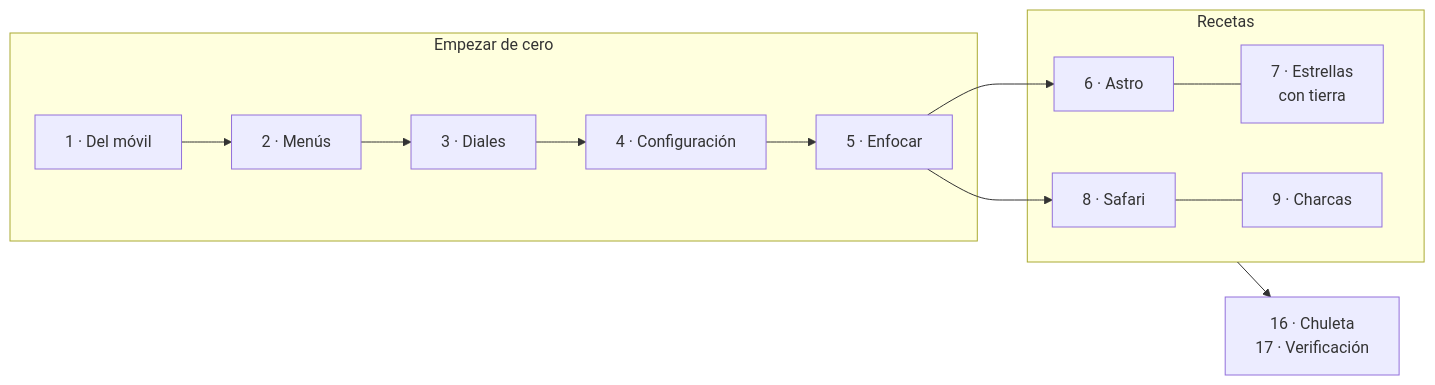
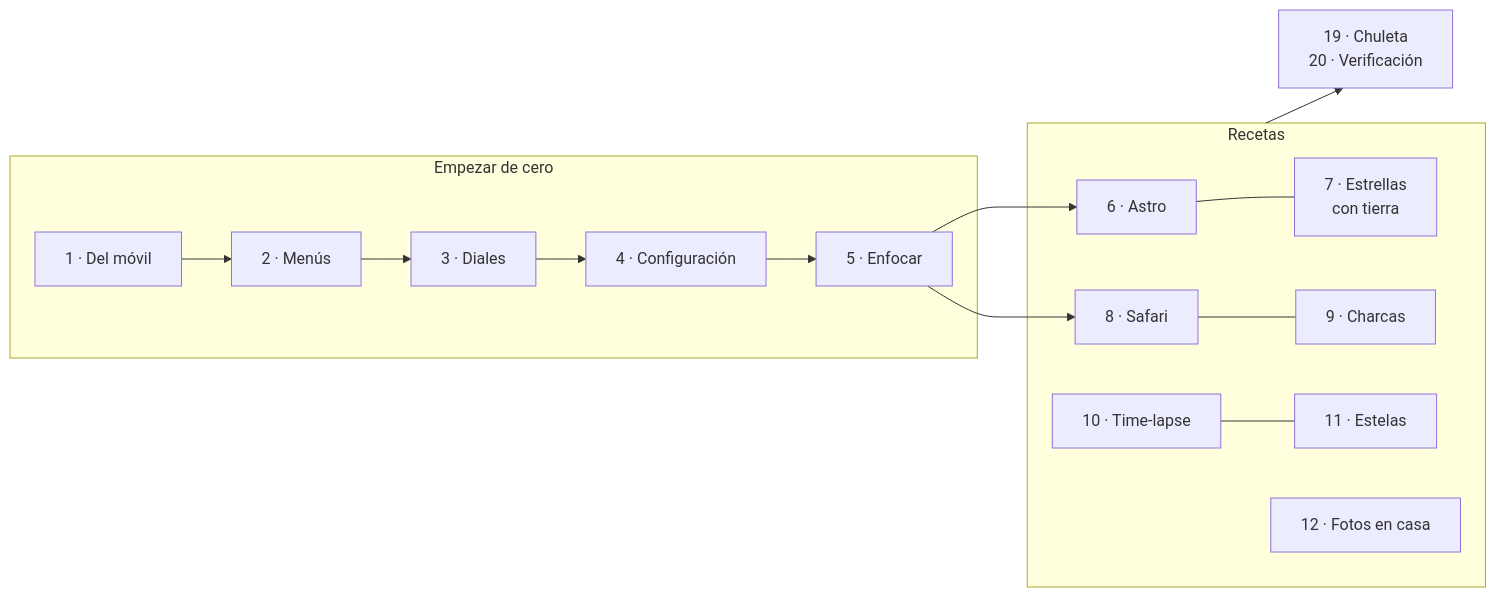
One commit to morandeirachema/Foto changed the diagram in manejo-a6700/README.md. Above: the diagram before and after it, drawn with Mermaid. The commit also changed other lines of this file and 46 other files, not shown here.

First line of the commit message:
Añade las recetas de time-lapse del cielo, estelas de tráfico y fotos en casa

````diff
--- a/manejo-a6700/README.md
+++ b/manejo-a6700/README.md
@@ -24,13 +24,15 @@
 ```mermaid
 flowchart LR
     subgraph P1["Empezar de cero"]
       A[1 · Del móvil] --> B[2 · Menús] --> C[3 · Diales] --> D[4 · Configuración] --> E[5 · Enfocar]
     end
     subgraph P2["Recetas"]
       F[6 · Astro] --- G[7 · Estrellas<br/>con tierra]
       H[8 · Safari] --- I[9 · Charcas]
+      K[10 · Time-lapse] --- L[11 · Estelas]
+      M[12 · Fotos en casa]
     end
     E --> F
     E --> H
-    P2 --> J[16 · Chuleta<br/>17 · Verificación]
+    P2 --> J[19 · Chuleta<br/>20 · Verificación]
 ```
````
